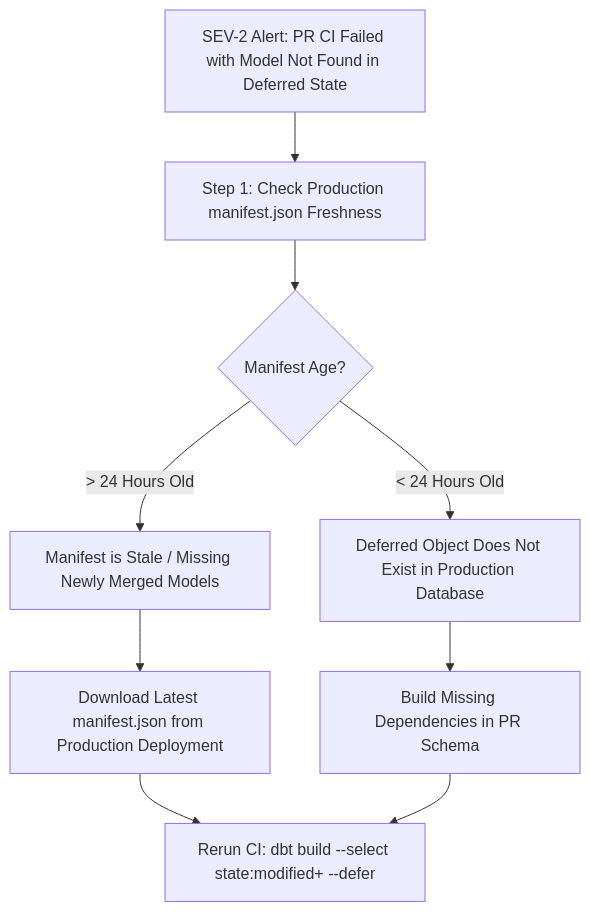
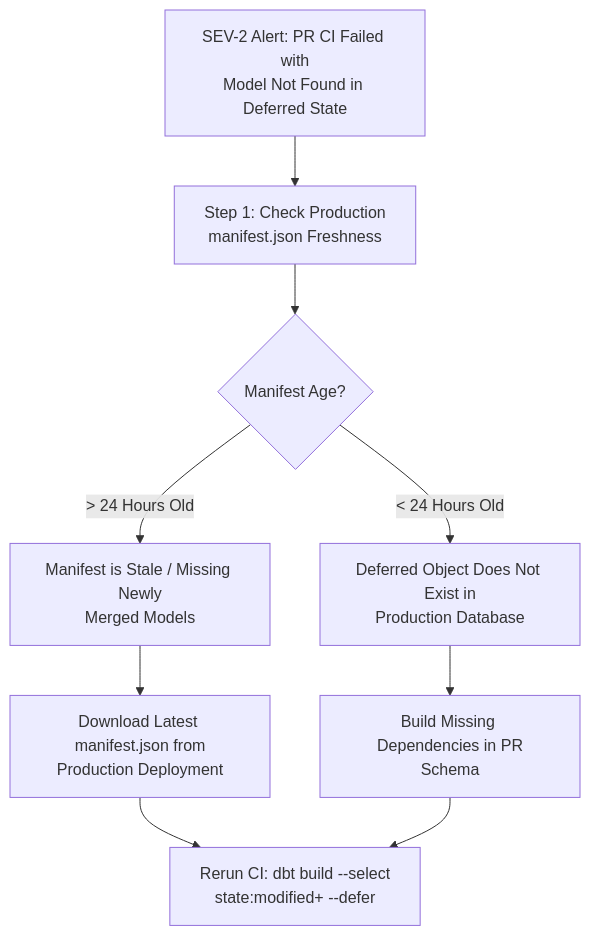
The diagram in runbooks/06_slim_ci_state_deferred_deferral_failures.md (santoshjammi29/dbt-handbook), drawn with Mermaid before and after one commit. The commit also changed 11 other files, not shown here.

Commit message:
fix(diagrams): word-wrap labels and escape comparison operators across all diagrams

````diff
--- a/runbooks/06_slim_ci_state_deferred_deferral_failures.md
+++ b/runbooks/06_slim_ci_state_deferred_deferral_failures.md
@@ -12,13 +12,13 @@
 ```mermaid
 flowchart TD
-    Alert["SEV-2 Alert: PR CI Failed with Model Not Found in Deferred State"] --> DownloadManifest["Step 1: Check Production manifest.json Freshness"]
+    Alert["SEV-2 Alert: PR CI Failed with<br/>Model Not Found in Deferred State"] --> DownloadManifest["Step 1: Check Production<br/>manifest.json Freshness"]
     DownloadManifest --> ManifestAge{"Manifest Age?"}
 
-    ManifestAge -->|"> 24 Hours Old"| StaleManifest["Manifest is Stale / Missing Newly Merged Models"]
-    ManifestAge -->|"< 24 Hours Old"| MissingObject["Deferred Object Does Not Exist in Production Database"]
+    ManifestAge -->|"&gt; 24 Hours Old"| StaleManifest["Manifest is Stale / Missing Newly<br/>Merged Models"]
+    ManifestAge -->|"&lt; 24 Hours Old"| MissingObject["Deferred Object Does Not Exist in<br/>Production Database"]
 
-    StaleManifest --> FetchLatestArtifact["Download Latest manifest.json from Production Deployment"]
-    MissingObject --> FallbackBuild["Build Missing Dependencies in PR Schema"]
-    FetchLatestArtifact --> RerunCI["Rerun CI: dbt build --select state:modified+ --defer"]
+    StaleManifest --> FetchLatestArtifact["Download Latest manifest.json from<br/>Production Deployment"]
+    MissingObject --> FallbackBuild["Build Missing Dependencies in PR<br/>Schema"]
+    FetchLatestArtifact --> RerunCI["Rerun CI: dbt build --select<br/>state:modified+ --defer"]
     FallbackBuild --> RerunCI
 ```
````
